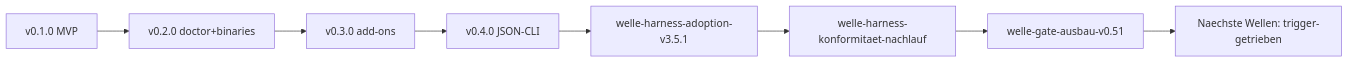
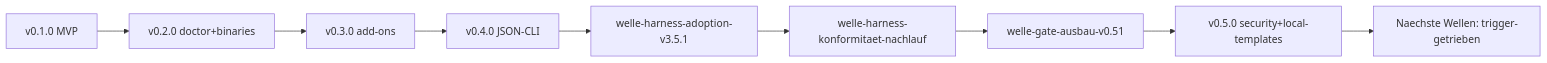
The diagram in docs/plan/planning/in-progress/roadmap.md (pt9912/u-boot), drawn with Mermaid before and after one commit. The commit also changed other lines of this file and 8 other files, not shown here.

````diff
--- a/docs/plan/planning/in-progress/roadmap.md
+++ b/docs/plan/planning/in-progress/roadmap.md
@@ -93,13 +57,14 @@
 ```mermaid
 flowchart LR
     V1[v0.1.0 MVP]
     V2[v0.2.0 doctor+binaries]
     V3[v0.3.0 add-ons]
     V4[v0.4.0 JSON-CLI]
     H[welle-harness-adoption-v3.5.1]
     K[welle-harness-konformitaet-nachlauf]
     G[welle-gate-ausbau-v0.51]
+    V5[v0.5.0 security+local-templates]
     N[Naechste Wellen: trigger-getrieben]
 
-    V1 --> V2 --> V3 --> V4 --> H --> K --> G --> N
+    V1 --> V2 --> V3 --> V4 --> H --> K --> G --> V5 --> N
 ```
````
